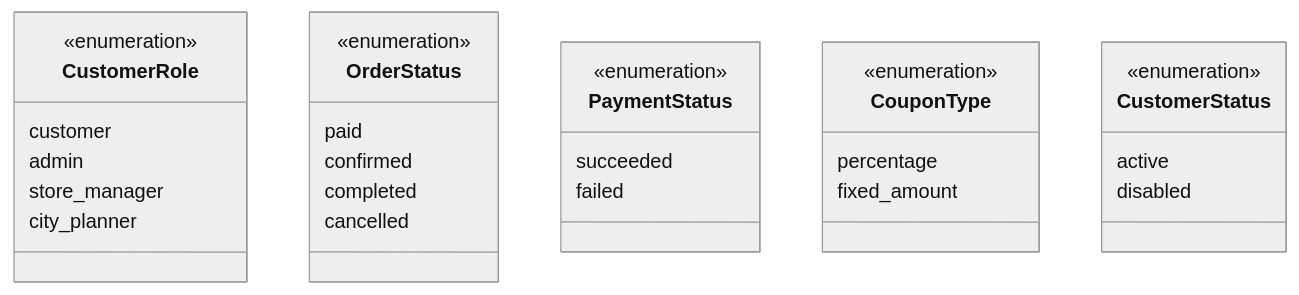
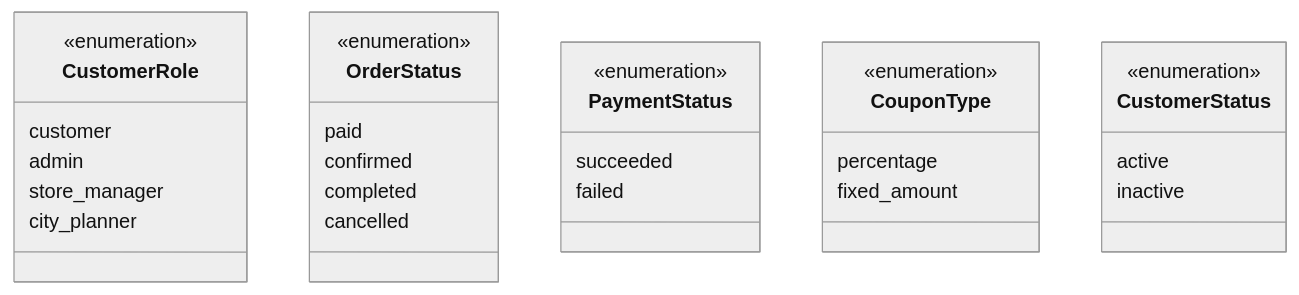
Diagram 41 of 60 in docs/design-analysis/OOSAD_ANALYSIS.md (DanhTrannn/TLCN), drawn with Mermaid (neutral theme) before and after one commit. The commit also changed other lines of this file, not shown here.

````diff
--- a/docs/design-analysis/OOSAD_ANALYSIS.md
+++ b/docs/design-analysis/OOSAD_ANALYSIS.md
@@ -1713,36 +1818,36 @@
 ```mermaid
 classDiagram
     class CustomerRole {
         <<enumeration>>
         customer
         admin
         store_manager
         city_planner
     }
     
     class OrderStatus {
         <<enumeration>>
         paid
         confirmed
         completed
         cancelled
     }
     
     class PaymentStatus {
         <<enumeration>>
         succeeded
         failed
     }
     
     class CouponType {
         <<enumeration>>
         percentage
         fixed_amount
     }
     
     class CustomerStatus {
         <<enumeration>>
         active
-        disabled
+        inactive
     }
 ```
````
